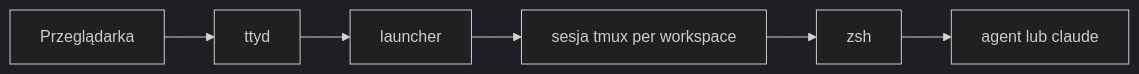
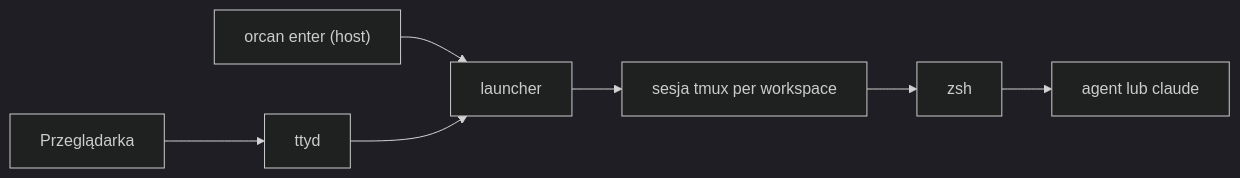
The second of 2 diagrams in docs/pl/architecture.md (aKyther/orcan), drawn with Mermaid (dark theme) before and after one commit. The commit also changed other lines of this file and 119 other files, not shown here.

````diff
--- a/docs/pl/architecture.md
+++ b/docs/pl/architecture.md
@@ -67,8 +74,9 @@
 ```mermaid
 flowchart LR
+  enter["orcan enter (host)"] --> launcher[launcher]
   browser[Przeglądarka] --> ttyd[ttyd]
-  ttyd --> launcher[launcher]
+  ttyd --> launcher
   launcher --> tmux[sesja tmux per workspace]
   tmux --> zsh[zsh]
   zsh --> agent[agent lub claude]
 ```
````
